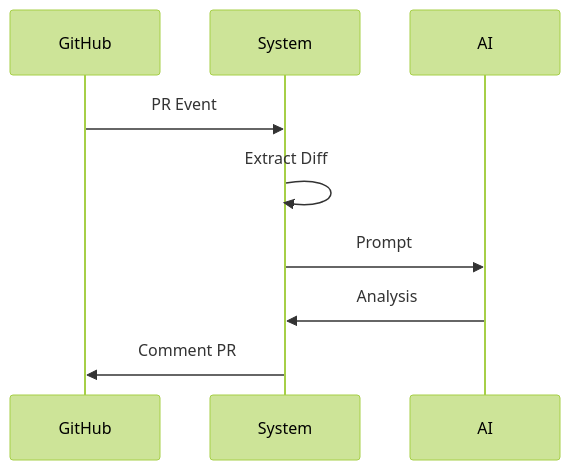
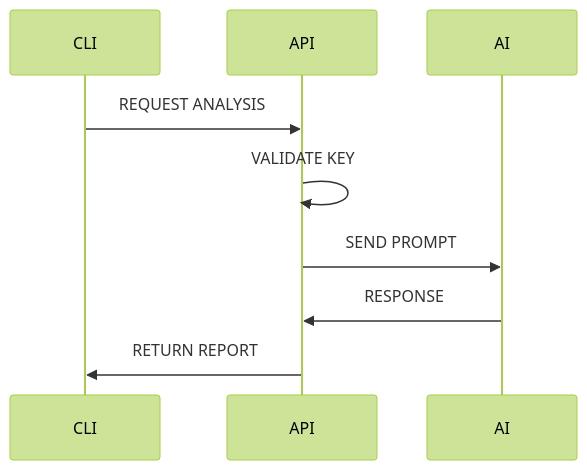
One commit to essancv/training changed the second of 4 diagrams in analysis_chatgpt/DOC3_BUSINESS_FLOWS.md. Above: the diagram before and after it, drawn with Mermaid (forest theme). The commit also changed other lines of this file, not shown here.

````diff
--- a/analysis_chatgpt/DOC3_BUSINESS_FLOWS.md
+++ b/analysis_chatgpt/DOC3_BUSINESS_FLOWS.md
@@ -24,11 +19,11 @@
 ```mermaid
 sequenceDiagram
-participant G as GitHub
-participant S as System
-participant A as AI
-G->>S: PR Event
-S->>S: Extract Diff
-S->>A: Prompt
-A->>S: Analysis
-S->>G: Comment PR
+participant CLI
+participant API
+participant AI
+CLI->>API: REQUEST ANALYSIS
+API->>API: VALIDATE KEY
+API->>AI: SEND PROMPT
+AI->>API: RESPONSE
+API->>CLI: RETURN REPORT
 ```
````
